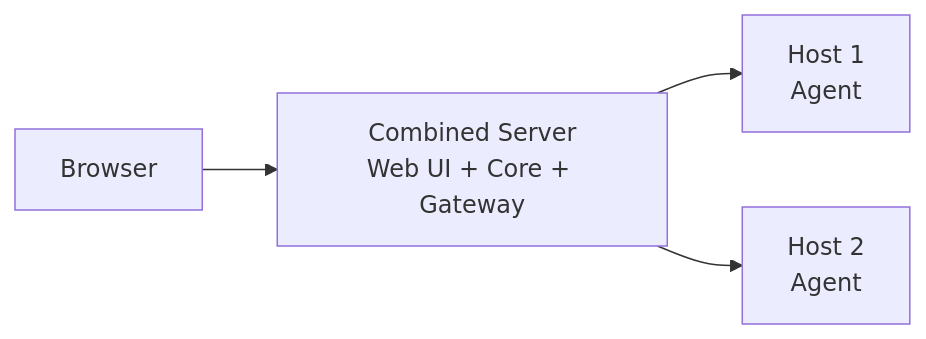
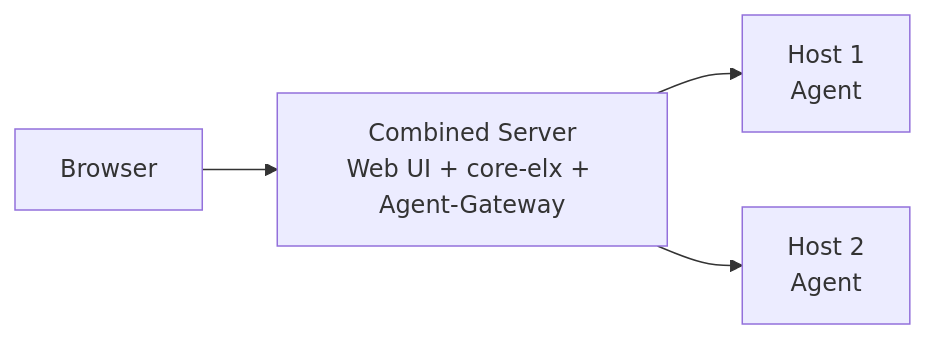
The sixth of 7 diagrams in docs/docs/architecture.md (carverauto/serviceradar), drawn with Mermaid before and after one commit. The commit also changed other lines of this file and 11 other files, not shown here.

````diff
--- a/docs/docs/architecture.md
+++ b/docs/docs/architecture.md
@@ -363,6 +340,6 @@
 ```mermaid
 graph LR
-    Browser[Browser] --> CombinedServer[Combined Server<br/>Web UI + Core + Gateway]
+    Browser[Browser] --> CombinedServer[Combined Server<br/>Web UI + core-elx + Agent-Gateway]
     CombinedServer --> AgentServer1[Host 1<br/>Agent]
     CombinedServer --> AgentServer2[Host 2<br/>Agent]
 ```
````
